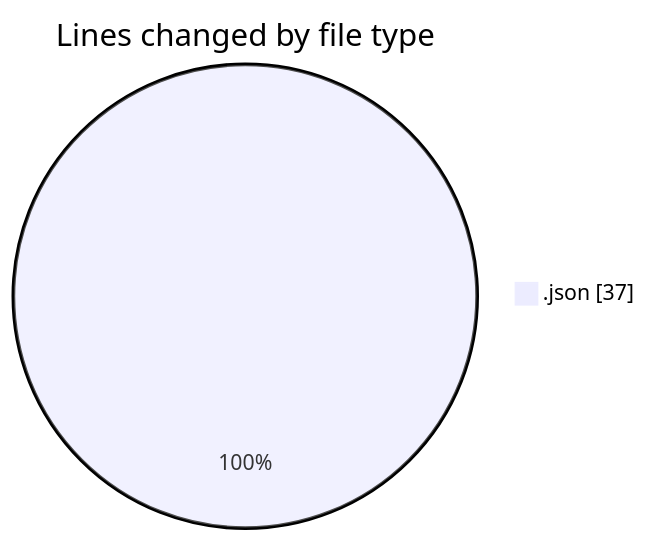
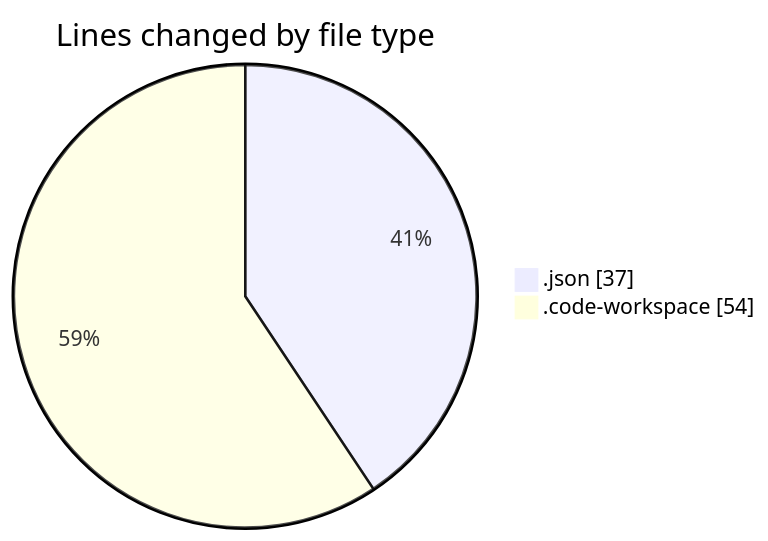
Before and after one commit to jadenblack/code-tracking: the first of 2 diagrams in 2026-02-24/workbench__workspace_/README.md, drawn with Mermaid. The commit also changed other lines of this file and 1 other file, not shown here.

````diff
--- a/2026-02-24/workbench__workspace_/README.md
+++ b/2026-02-24/workbench__workspace_/README.md
@@ -20,5 +21,6 @@
 ```mermaid
 pie showData
 title Lines changed by file type
 ".json" : 37
+".code-workspace" : 54
 ```
````
